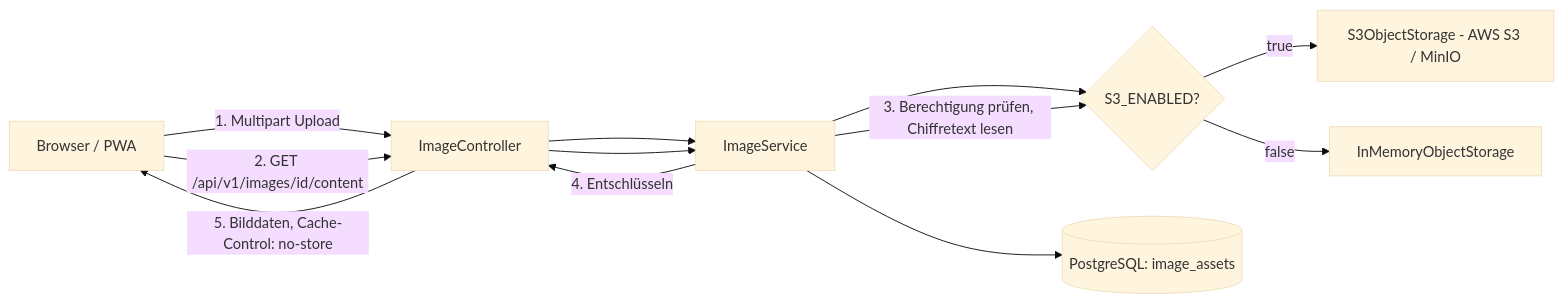
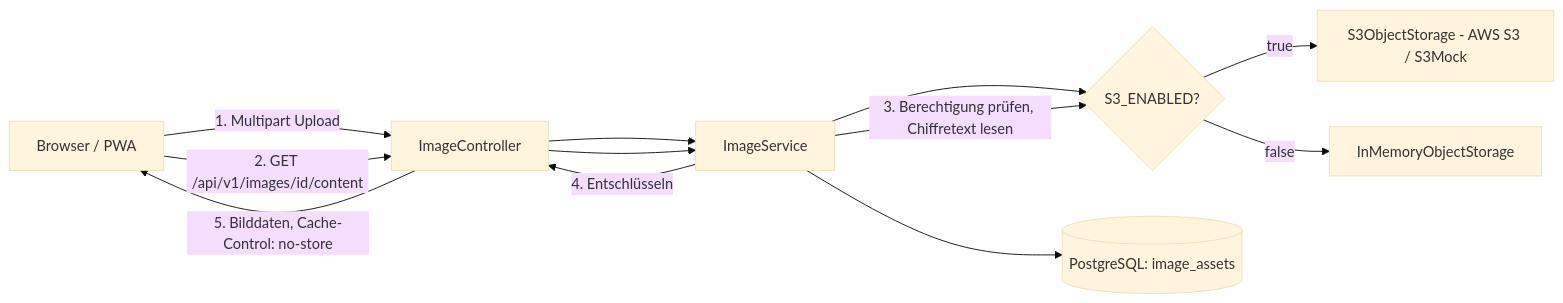
Before and after one commit to damaurer/vereint: the first of 2 diagrams in docs/baseservice/06-integrations.md, drawn with Mermaid (base theme). The commit also changed other lines of this file and 12 other files, not shown here.

````diff
--- a/docs/baseservice/06-integrations.md
+++ b/docs/baseservice/06-integrations.md
@@ -11,15 +11,15 @@
 ```mermaid
 graph LR
   Client[Browser / PWA] -->|1. Multipart Upload| Ctrl[ImageController]
   Ctrl --> Svc[ImageService]
   Svc --> Store{S3_ENABLED?}
-  Store -- true --> S3[S3ObjectStorage - AWS S3 / MinIO]
+  Store -- true --> S3[S3ObjectStorage - AWS S3 / S3Mock]
   Store -- false --> Mem[InMemoryObjectStorage]
   Svc --> DB[(PostgreSQL: image_assets)]
 
   Client -->|2. GET /api/v1/images/id/content| Ctrl
   Ctrl --> Svc
   Svc -->|3. Berechtigung prüfen, Chiffretext lesen| Store
   Svc -->|4. Entschlüsseln| Ctrl
   Ctrl -->|5. Bilddaten, Cache-Control: no-store| Client
 ```
````
